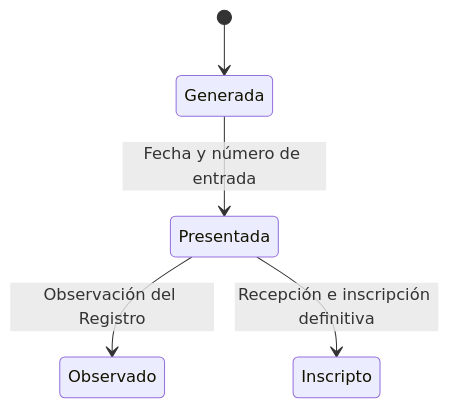
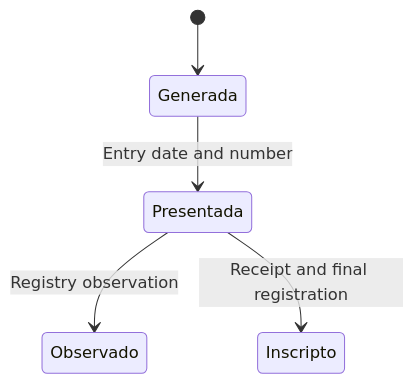
The sixth of 16 diagrams in docs/200-architecture/203-design/CICLO-DE-VIDA.md (matiaspakua/notaire), drawn with Mermaid before and after one commit. The commit also changed other lines of this file and 52 other files, not shown here.

````diff
--- a/docs/200-architecture/203-design/CICLO-DE-VIDA.md
+++ b/docs/200-architecture/203-design/CICLO-DE-VIDA.md
@@ -232,7 +235,7 @@
 ```mermaid
 stateDiagram-v2
   [*] --> Generada
-  Generada --> Presentada: Fecha y número de entrada
-  Presentada --> Observado: Observación del Registro
-  Presentada --> Inscripto: Recepción e inscripción definitiva
+  Generada --> Presentada: Entry date and number
+  Presentada --> Observado: Registry observation
+  Presentada --> Inscripto: Receipt and final registration
 ```
````
